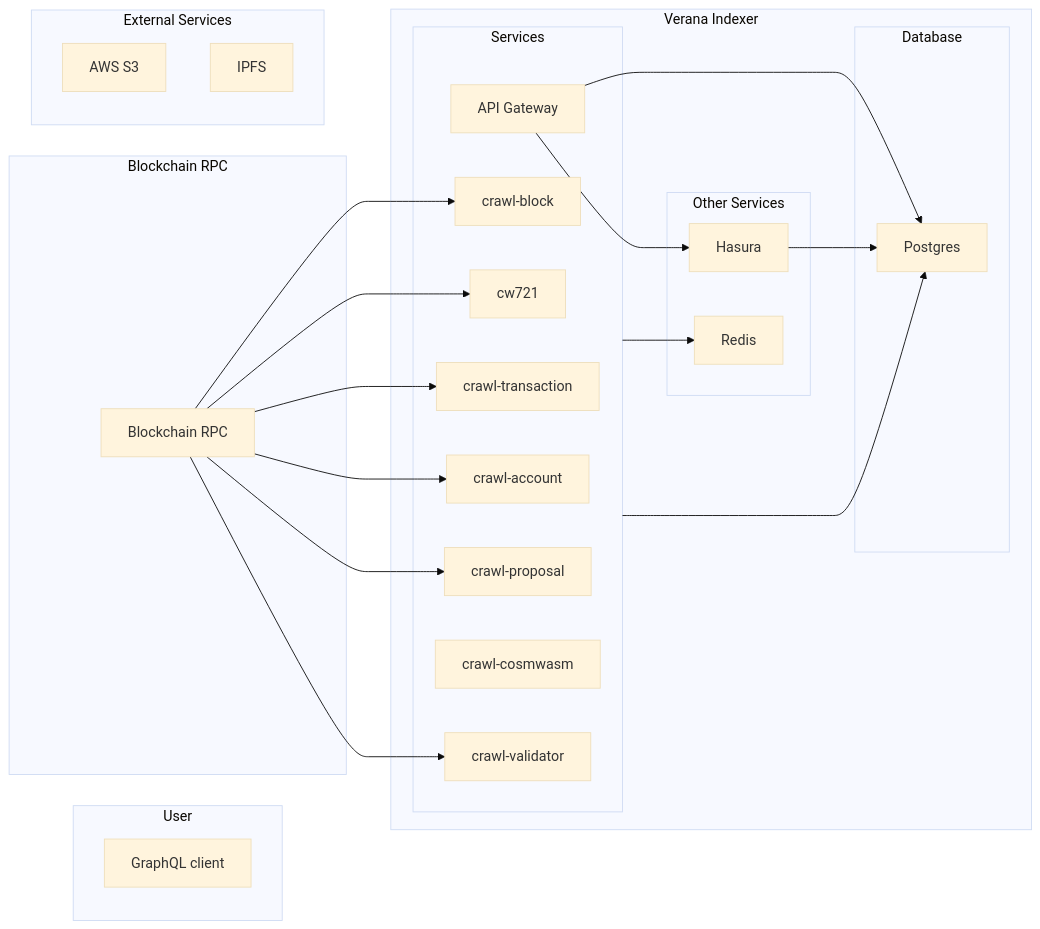
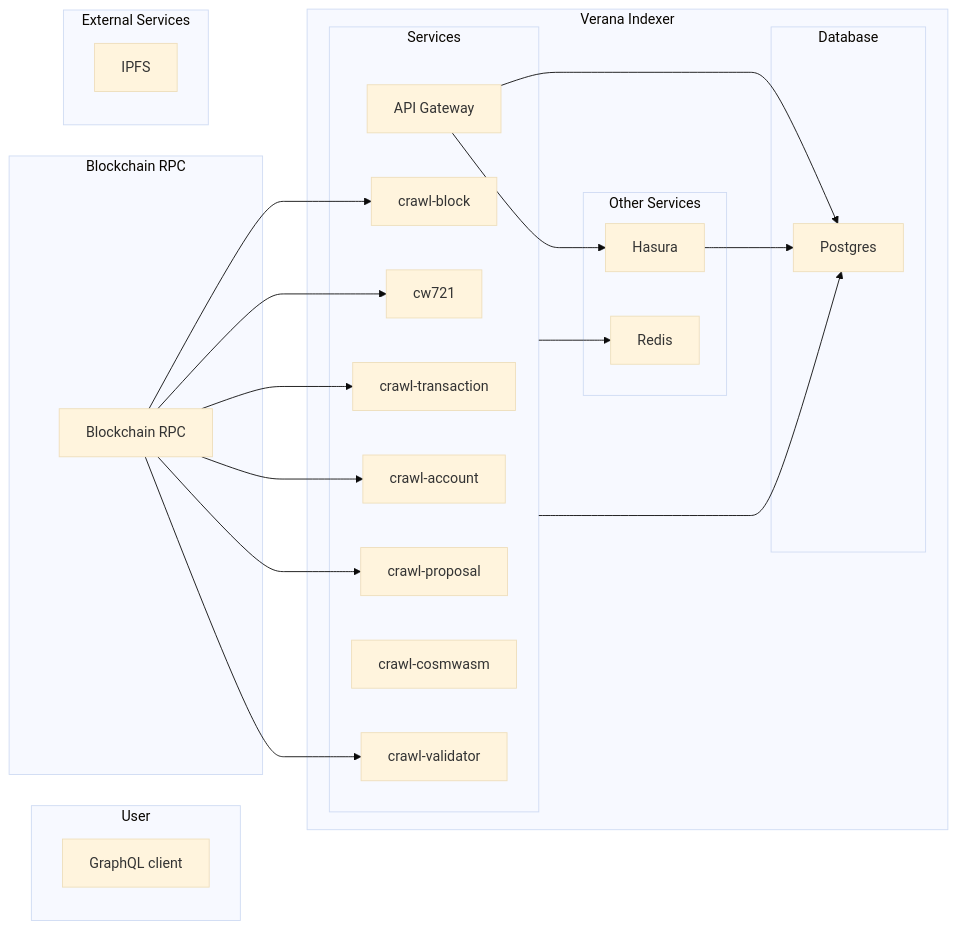
The diagram in README.md (verana-labs/verana-indexer), drawn with Mermaid (base theme) before and after one commit. The commit also changed 24 other files, not shown here.

````diff
--- a/README.md
+++ b/README.md
@@ -28,54 +28,52 @@
 ```mermaid
 graph LR
 
 subgraph "Verana Indexer"
   subgraph "Services"
     api-gateway["API Gateway"]
     crawl-account["crawl-account"]
     crawl-block["crawl-block"]
     crawl-transaction["crawl-transaction"]
     crawl-proposal["crawl-proposal"]
     crawl-validator["crawl-validator"]
     crawl-cosmwasm["crawl-cosmwasm"]
     cw721["cw721"]
   end
 
   subgraph "Database"
     database["Postgres"]
   end
 
   subgraph "Other Services"
     redis["Redis"]
     hasura["Hasura"]
   end
 
   api-gateway --> database
   api-gateway --> hasura
   hasura --> database
 
   Services --> redis
   Services --> database
 end
 
 subgraph "User"
   user["GraphQL client"]
 end
 
 subgraph "Blockchain RPC"
   blockchain["Blockchain RPC"]
 end
 
 subgraph "External Services"
-  s3["AWS S3"]
   ipfs["IPFS"]
 end
-
 
 blockchain --> crawl-block
 blockchain --> cw721
 blockchain --> crawl-transaction
 blockchain --> crawl-account
 blockchain --> crawl-proposal
 blockchain --> crawl-validator
 
 ```
````
